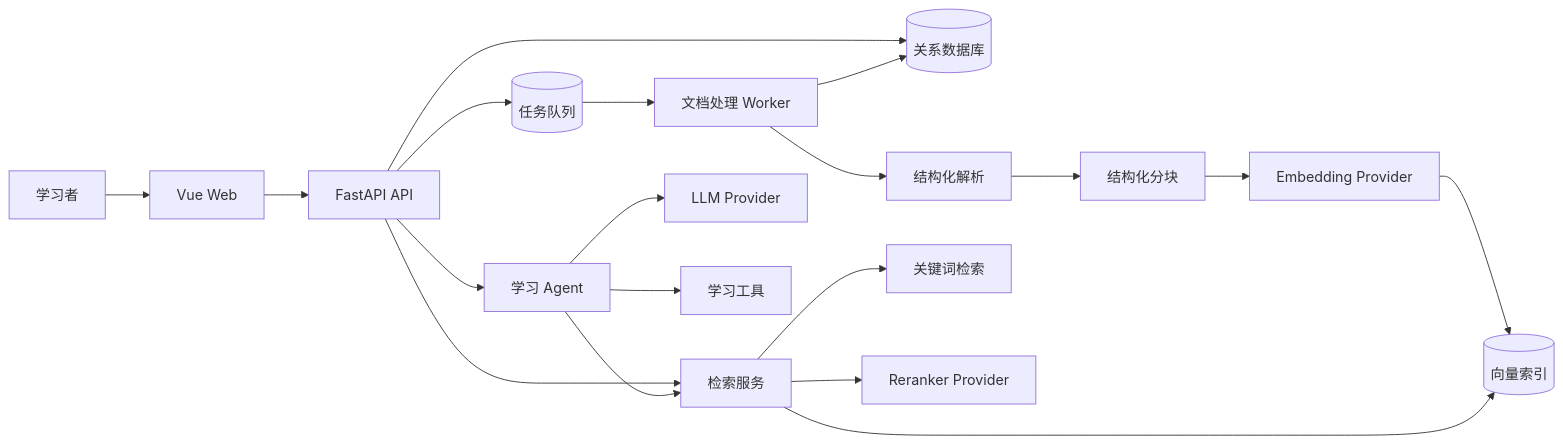
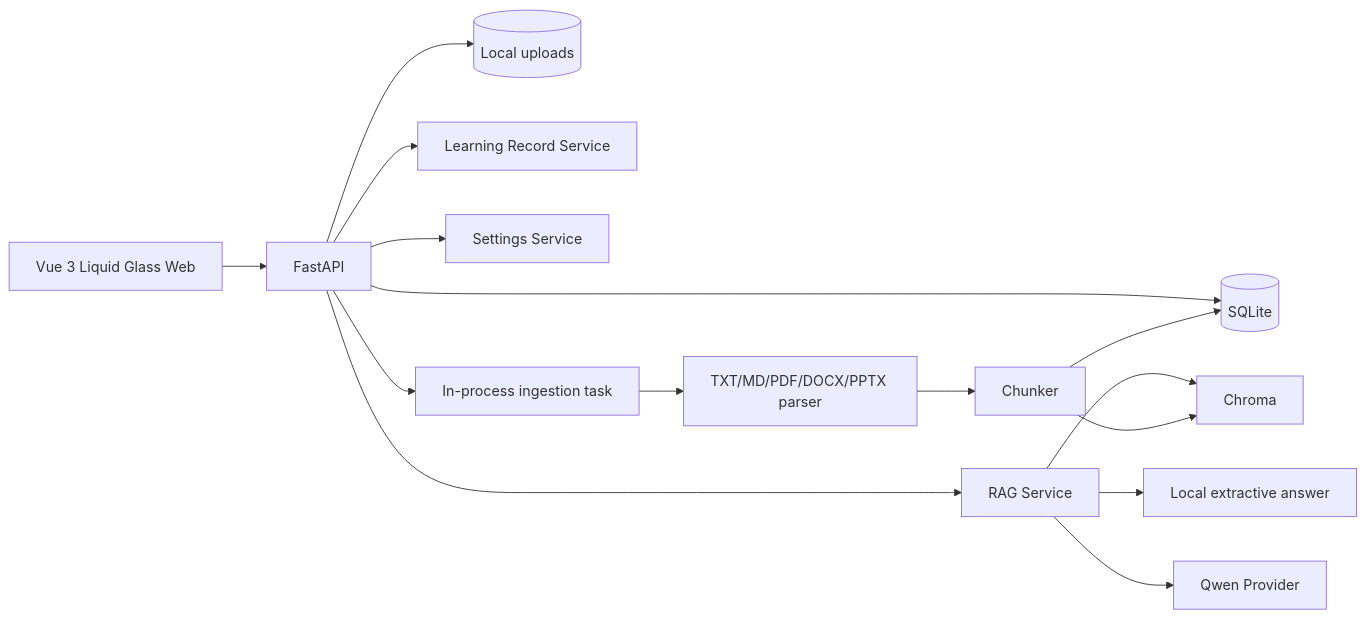
Before and after one commit to LBStruggleee/KnowFlow: the diagram in docs/技术方案.md, drawn with Mermaid. The commit also changed other lines of this file and 2 other files, not shown here.

Commit message:
docs: define complete local-first product v1

````diff
--- a/docs/技术方案.md
+++ b/docs/技术方案.md
@@ -20,25 +17,19 @@
 ```mermaid
 flowchart LR
-    User[学习者] --> Web[Vue Web]
-    Web --> API[FastAPI API]
+    Web[Vue 3 Liquid Glass Web] --> API[FastAPI]
+    API --> DB[(SQLite)]
+    API --> Files[(Local uploads)]
+    API --> RAG[RAG Service]
+    API --> Learning[Learning Record Service]
+    API --> Settings[Settings Service]
 
-    API --> DB[(关系数据库)]
-    API --> Queue[(任务队列)]
-    API --> Retrieval[检索服务]
-    API --> Agent[学习 Agent]
+    RAG --> Vector[Chroma]
+    RAG --> Local[Local extractive answer]
+    RAG --> Cloud[Qwen Provider]
 
-    Queue --> Worker[文档处理 Worker]
-    Worker --> Parser[结构化解析]
-    Parser --> Chunker[结构化分块]
-    Chunker --> Embedding[Embedding Provider]
-    Embedding --> Vector[(向量索引)]
-    Worker --> DB
-
-    Retrieval --> Keyword[关键词检索]
-    Retrieval --> Vector
-    Retrieval --> Reranker[Reranker Provider]
-
-    Agent --> Retrieval
-    Agent --> LLM[LLM Provider]
-    Agent --> Tools[学习工具]
+    API --> Task[In-process ingestion task]
+    Task --> Parser[TXT/MD/PDF/DOCX/PPTX parser]
+    Parser --> Chunker[Chunker]
+    Chunker --> DB
+    Chunker --> Vector
 ```
````
